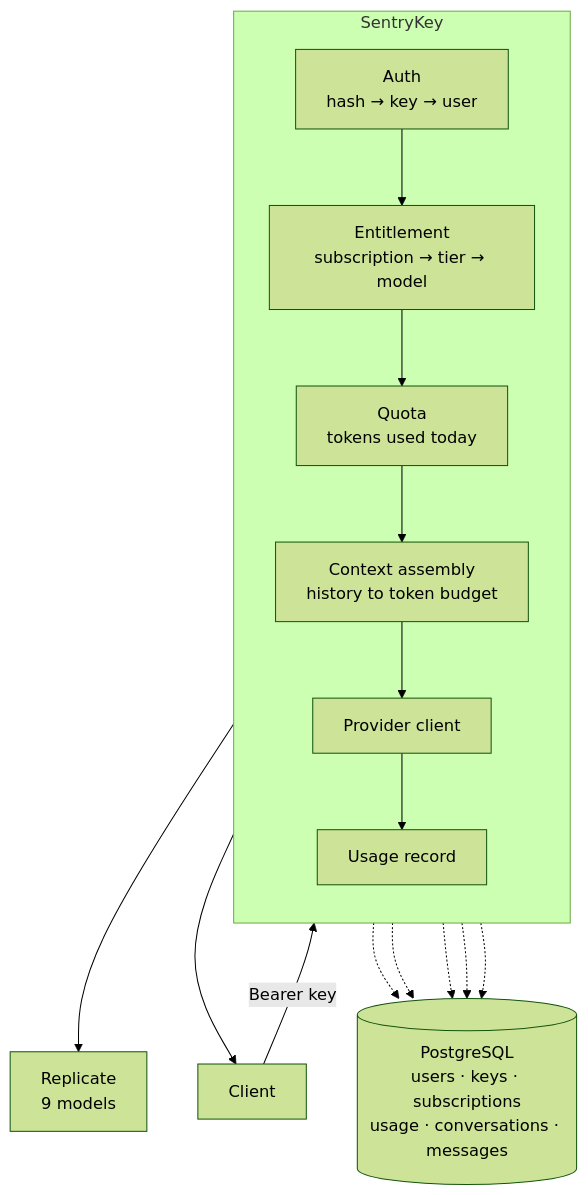
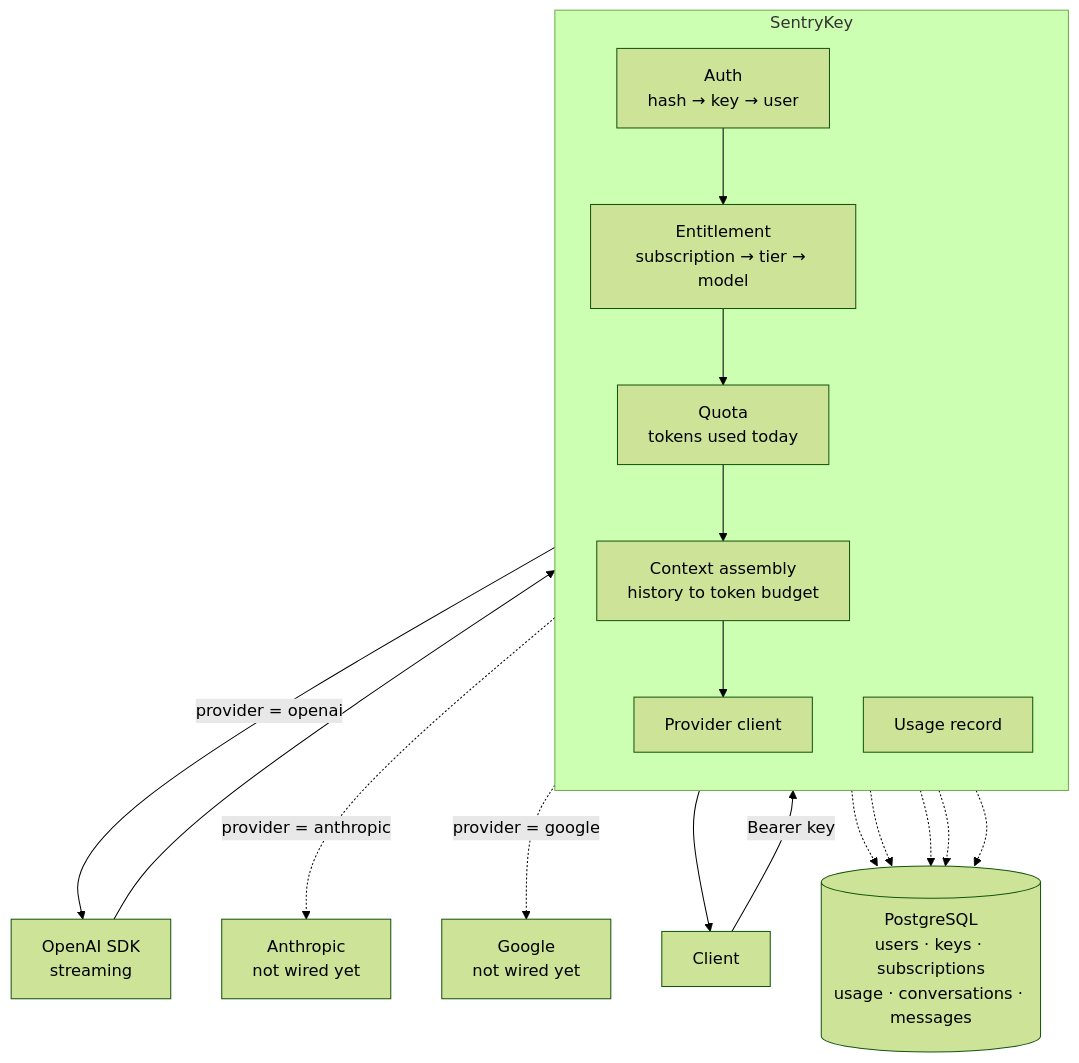
One commit to goutham-226/SentryKey changed the diagram in README.md. Above: the diagram before and after it, drawn with Mermaid (forest theme). The commit also changed other lines of this file, not shown here.

````diff
--- a/README.md
+++ b/README.md
@@ -64,26 +67,31 @@
 ```mermaid
 flowchart TB
     C[Client]
 
     subgraph GW["SentryKey"]
         direction TB
         AUTH["Auth<br/>hash → key → user"]
         ENT["Entitlement<br/>subscription → tier → model"]
         QUOTA["Quota<br/>tokens used today"]
         CTX["Context assembly<br/>history to token budget"]
         PROV["Provider client"]
         METER["Usage record"]
     end
 
     PG[("PostgreSQL<br/>users · keys · subscriptions<br/>usage · conversations · messages")]
-    UP["Replicate<br/>9 models"]
+    OAI["OpenAI SDK<br/>streaming"]
+    ANT["Anthropic<br/>not wired yet"]
+    GEM["Google<br/>not wired yet"]
 
-    C -->|Bearer key| AUTH --> ENT --> QUOTA --> CTX --> PROV --> UP
-    PROV --> METER --> C
+    C -->|Bearer key| AUTH --> ENT --> QUOTA --> CTX --> PROV
+    PROV -->|provider = openai| OAI
+    PROV -.->|provider = anthropic| ANT
+    PROV -.->|provider = google| GEM
+    OAI --> METER --> C
 
     AUTH -.-> PG
     ENT -.-> PG
     QUOTA -.-> PG
     CTX -.-> PG
     METER -.-> PG
 ```
````
